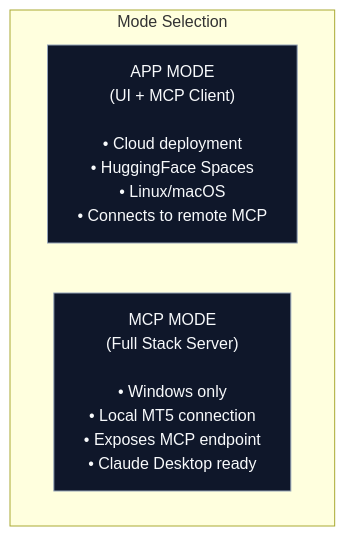
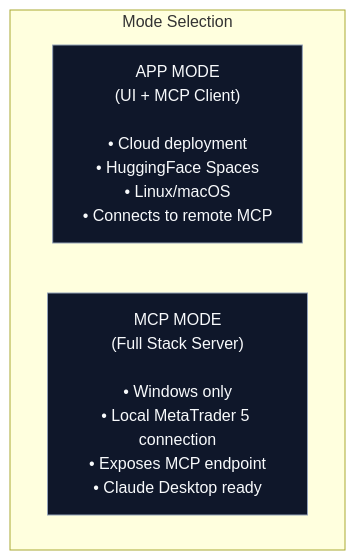
The second of 4 diagrams in README.md (Cloudmeru/Metatrader-5-MCP-UI), drawn with Mermaid before and after one commit. The commit also changed other lines of this file and 8 other files, not shown here.

First line of the commit message:
docs: Emphasize POC status and main MCP server project

````diff
--- a/README.md
+++ b/README.md
@@ -106,10 +171,10 @@
 ```mermaid
 flowchart LR
   subgraph mode_selection[Mode Selection]
     direction LR
     app_mode["APP MODE<br/>(UI + MCP Client)<br/><br/>• Cloud deployment<br/>• HuggingFace Spaces<br/>• Linux/macOS<br/>• Connects to remote MCP"]
-    mcp_mode["MCP MODE<br/>(Full Stack Server)<br/><br/>• Windows only<br/>• Local MT5 connection<br/>• Exposes MCP endpoint<br/>• Claude Desktop ready"]
+    mcp_mode["MCP MODE<br/>(Full Stack Server)<br/><br/>• Windows only<br/>• Local MetaTrader 5 connection<br/>• Exposes MCP endpoint<br/>• Claude Desktop ready"]
   end
   classDef default fill:#0f172a,stroke:#94a3b8,color:#f8fafc;
   classDef mode_selection fill:#020617,stroke:#0f172a,color:#f8fafc;
 ```
````
